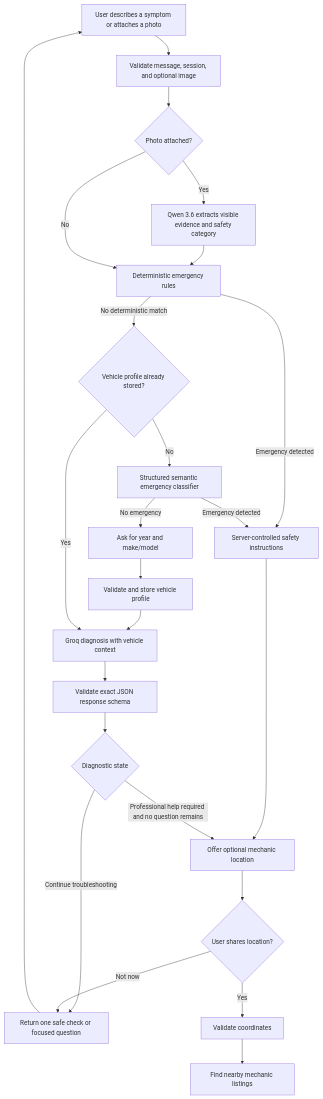
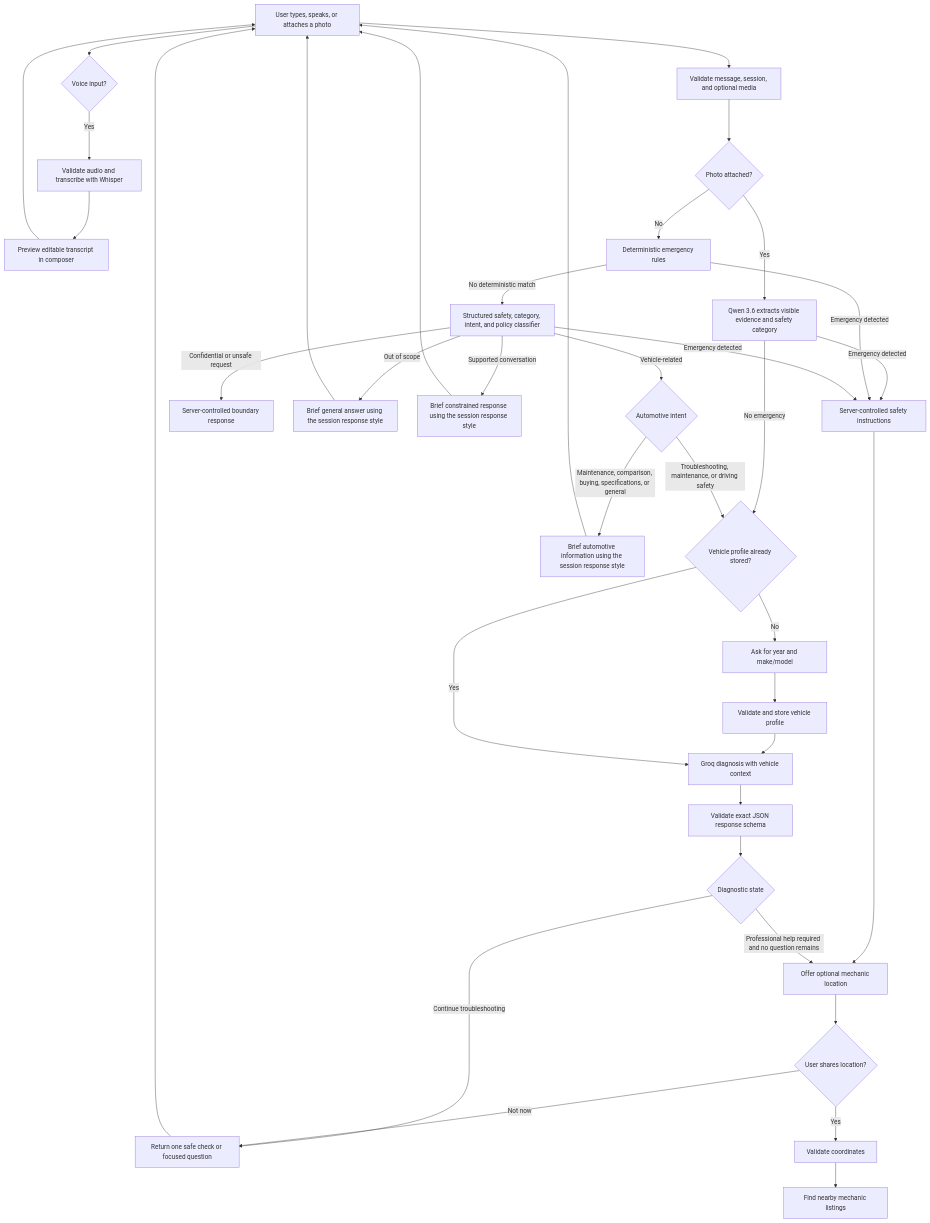
One commit to HamzaElNawawy/mechat-ai-mechanic changed the first of 2 diagrams in README.md. Above: the diagram before and after it, drawn with Mermaid. The commit also changed other lines of this file and 19 other files, not shown here.

````diff
--- a/README.md
+++ b/README.md
@@ -145,30 +153,43 @@
 ```mermaid
 flowchart TD
-    A["User describes a symptom or attaches a photo"] --> B["Validate message, session, and optional image"]
+    A["User types, speaks, or attaches a photo"] --> B["Validate message, session, and optional media"]
+    A --> W{"Voice input?"}
+    W -->|"Yes"| WT["Validate audio and transcribe with Whisper"]
+    WT --> WP["Preview editable transcript in composer"]
+    WP --> A
     B --> Q{"Photo attached?"}
     Q -->|"Yes"| R["Qwen 3.6 extracts visible evidence and safety category"]
-    R --> C
+    R -->|"Emergency detected"| D
+    R -->|"No emergency"| E
     Q -->|"No"| C
     C["Deterministic emergency rules"]
     C -->|"Emergency detected"| D["Server-controlled safety instructions"]
     D --> L["Offer optional mechanic location"]
 
-    C -->|"No deterministic match"| E{"Vehicle profile already stored?"}
-    E -->|"No"| F["Structured semantic emergency classifier"]
+    C -->|"No deterministic match"| F["Structured safety, category, intent, and policy classifier"]
     F -->|"Emergency detected"| D
-    F -->|"No emergency"| G["Ask for year and make/model"]
+    F -->|"Confidential or unsafe request"| X["Server-controlled boundary response"]
+    F -->|"Out of scope"| U["Brief general answer using the session response style"]
+    U --> A
+    F -->|"Supported conversation"| S["Brief constrained response using the session response style"]
+    S --> A
+    F -->|"Vehicle-related"| T{"Automotive intent"}
+    T -->|"Maintenance, comparison, buying, specifications, or general"| V["Brief automotive information using the session response style"]
+    V --> A
+    T -->|"Troubleshooting, maintenance, or driving safety"| E{"Vehicle profile already stored?"}
+    E -->|"No"| G["Ask for year and make/model"]
     G --> H["Validate and store vehicle profile"]
     H --> I["Groq diagnosis with vehicle context"]
     E -->|"Yes"| I
 
     I --> J["Validate exact JSON response schema"]
     J --> K{"Diagnostic state"}
     K -->|"Continue troubleshooting"| M["Return one safe check or focused question"]
     M --> A
     K -->|"Professional help required and no question remains"| L
 
     L --> N{"User shares location?"}
     N -->|"Not now"| M
     N -->|"Yes"| O["Validate coordinates"]
     O --> P["Find nearby mechanic listings"]
 ```
````
